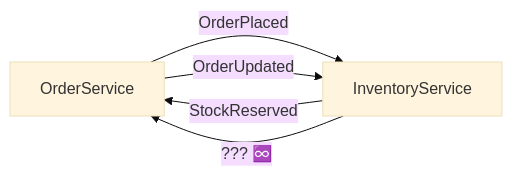
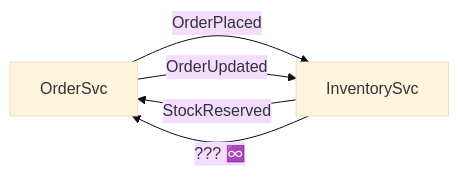
One commit to calmrocks/system-design-dive-deep changed diagram 14 of 16 in Sessions/Event-Driven Architecture/Slides.md. Above: the diagram before and after it, drawn with Mermaid (base theme). The commit also changed other lines of this file and 2 other files, not shown here.

```diff
--- a/Sessions/Event-Driven Architecture/Slides.md
+++ b/Sessions/Event-Driven Architecture/Slides.md
@@ -770,7 +451,7 @@
 ~~~mermaid
 flowchart LR
-    OS[OrderService] -->|OrderPlaced| IS[InventoryService]
+    OS[OrderSvc] -->|OrderPlaced| IS[InventorySvc]
     IS -->|StockReserved| OS
     OS -->|OrderUpdated| IS
     IS -->|"??? ♾️"| OS
 ~~~
```
